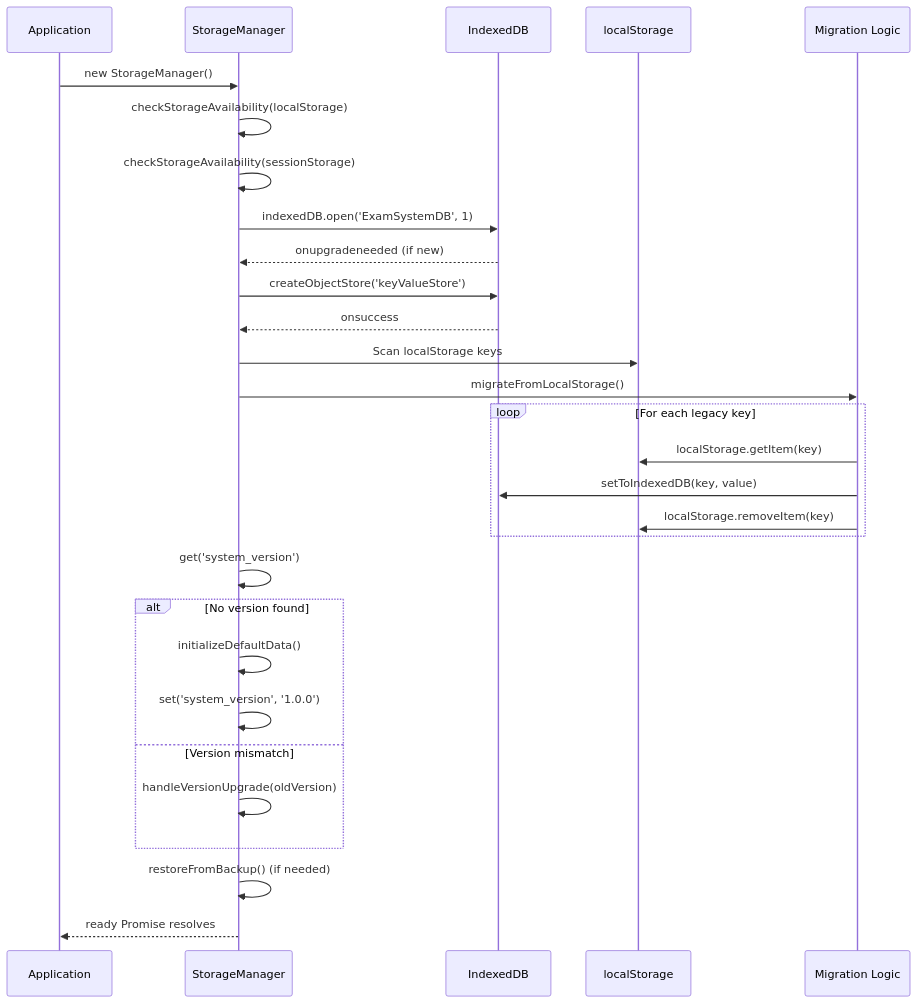
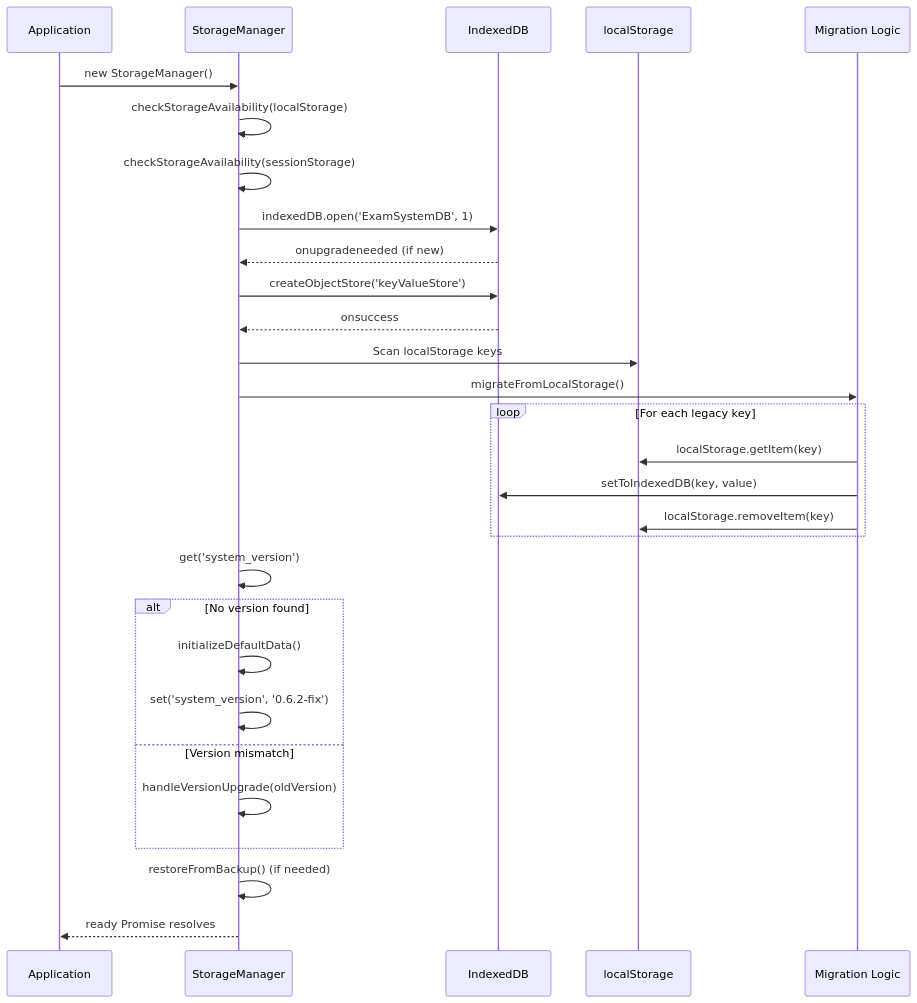
One commit to sallowayma-git/IELTS-practice changed the third of 16 diagrams in developer/doc/Wiki/Storage-Architecture-&-Multi-Backend-System.md. Above: the diagram before and after it, drawn with Mermaid. The commit also changed 32 other files, not shown here.

````diff
--- a/developer/doc/Wiki/Storage-Architecture-&-Multi-Backend-System.md
+++ b/developer/doc/Wiki/Storage-Architecture-&-Multi-Backend-System.md
@@ -187,32 +187,32 @@
 ```mermaid
 sequenceDiagram
   participant p1 as Application
   participant p2 as StorageManager
   participant p3 as IndexedDB
   participant p4 as localStorage
   participant p5 as Migration Logic
 
   p1->>p2: new StorageManager()
   p2->>p2: checkStorageAvailability(localStorage)
   p2->>p2: checkStorageAvailability(sessionStorage)
   p2->>p3: indexedDB.open('ExamSystemDB', 1)
   p3-->>p2: onupgradeneeded (if new)
   p2->>p3: createObjectStore('keyValueStore')
   p3-->>p2: onsuccess
   p2->>p4: Scan localStorage keys
   p2->>p5: migrateFromLocalStorage()
   loop For each legacy key
     p5->>p4: localStorage.getItem(key)
     p5->>p3: setToIndexedDB(key, value)
     p5->>p4: localStorage.removeItem(key)
   end
   p2->>p2: get('system_version')
   alt No version found
     p2->>p2: initializeDefaultData()
-    p2->>p2: set('system_version', '1.0.0')
+    p2->>p2: set('system_version', '0.6.2-fix')
   else Version mismatch
     p2->>p2: handleVersionUpgrade(oldVersion)
   end
   p2->>p2: restoreFromBackup() (if needed)
   p2-->>p1: ready Promise resolves
 ```
````
